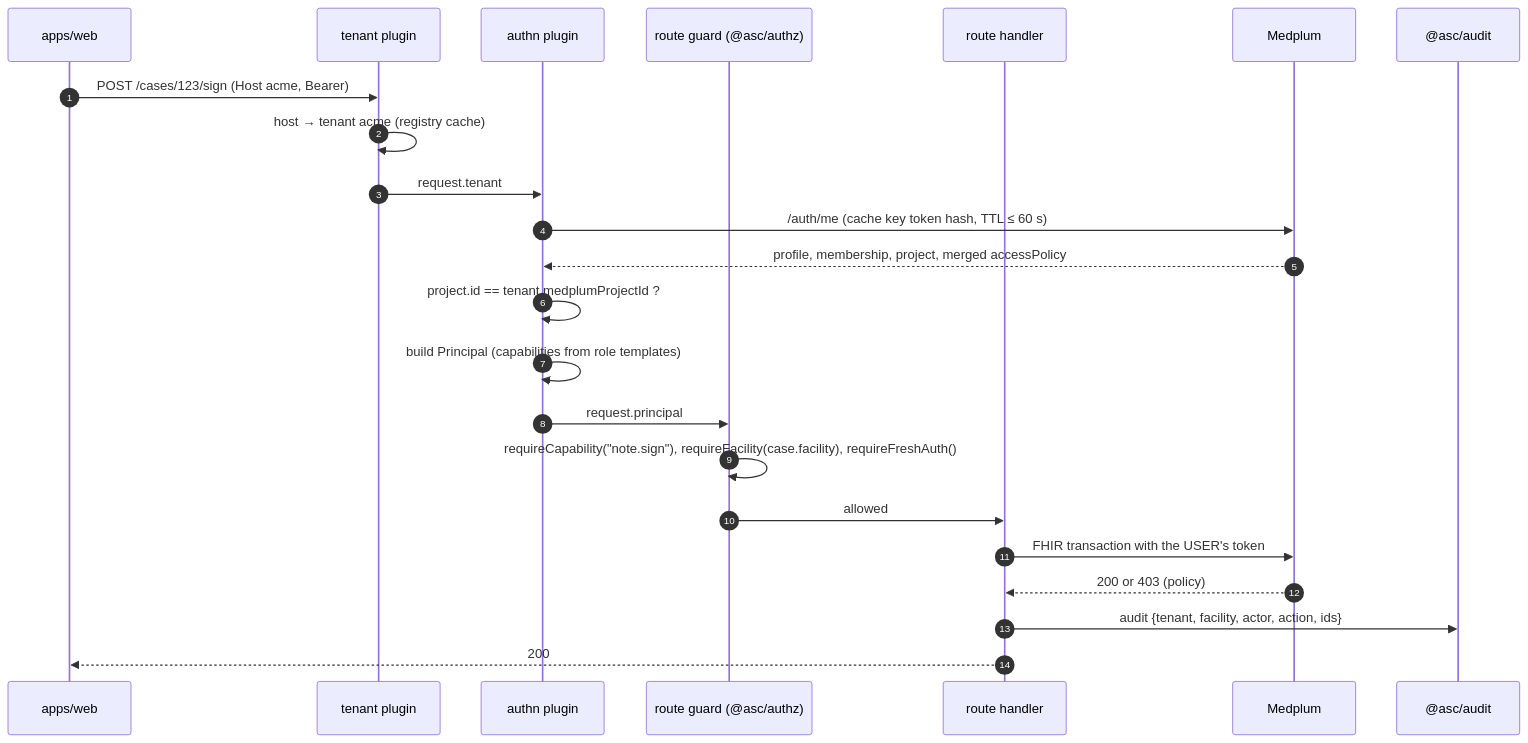
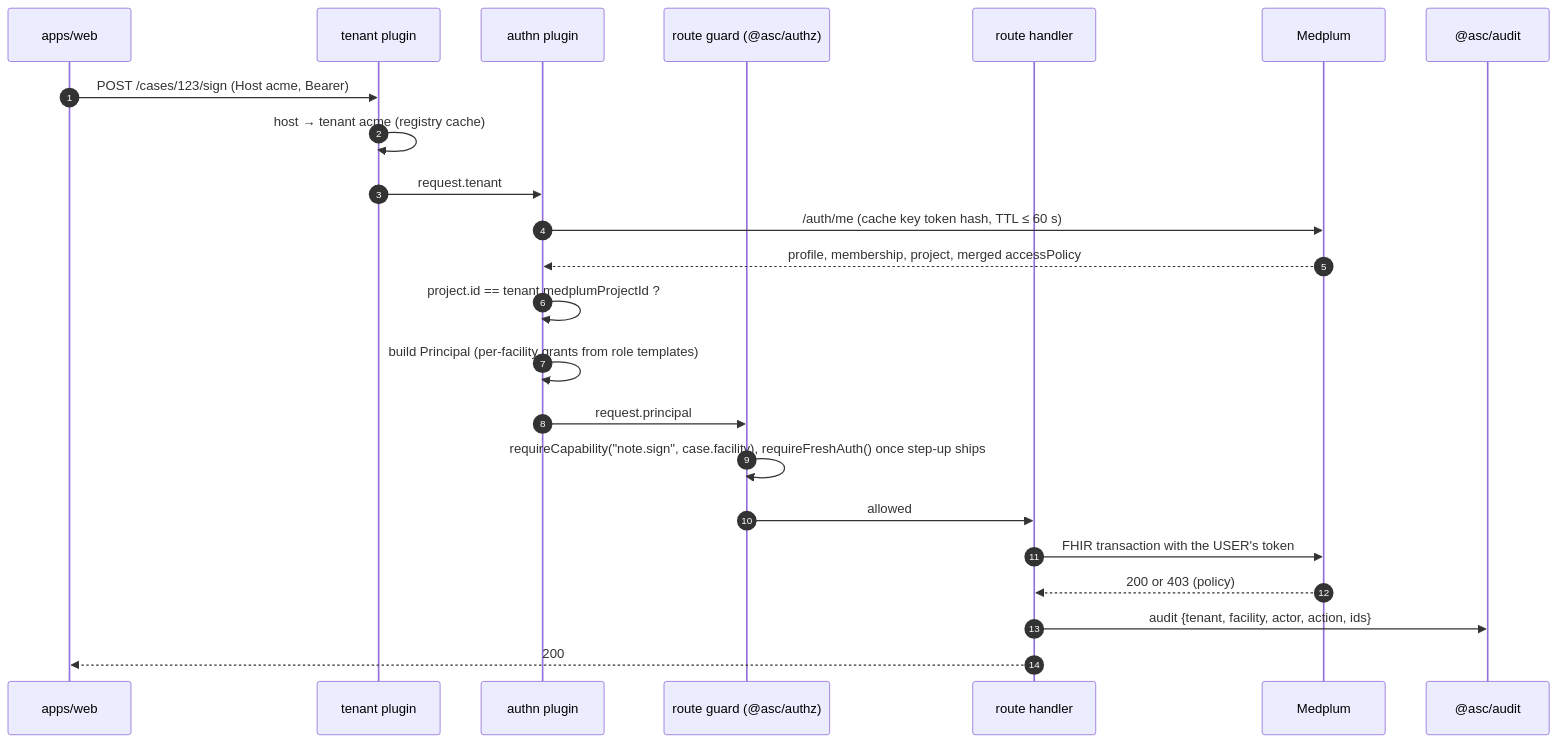
One commit to imRahul05/ASC-EHR changed the sixth of 13 diagrams in docs/product/08-identity-access-and-tenancy.md. Above: the diagram before and after it, drawn with Mermaid. The commit also changed other lines of this file, not shown here.

First line of the commit message:
docs(iam): per-facility grants in Principal and TenantResolver gate

````diff
--- a/docs/product/08-identity-access-and-tenancy.md
+++ b/docs/product/08-identity-access-and-tenancy.md
@@ -453,26 +453,26 @@
 ```mermaid
 sequenceDiagram
     autonumber
     participant W as apps/web
     participant T as tenant plugin
     participant N as authn plugin
     participant G as route guard (@asc/authz)
     participant R as route handler
     participant M as Medplum
     participant AU as @asc/audit
 
     W->>T: POST /cases/123/sign (Host acme, Bearer)
     T->>T: host → tenant acme (registry cache)
     T->>N: request.tenant
     N->>M: /auth/me (cache key token hash, TTL ≤ 60 s)
     M-->>N: profile, membership, project, merged accessPolicy
     N->>N: project.id == tenant.medplumProjectId ?
-    N->>N: build Principal (capabilities from role templates)
+    N->>N: build Principal (per-facility grants from role templates)
     N->>G: request.principal
-    G->>G: requireCapability("note.sign"), requireFacility(case.facility), requireFreshAuth()
+    G->>G: requireCapability("note.sign", case.facility), requireFreshAuth() once step-up ships
     G->>R: allowed
     R->>M: FHIR transaction with the USER's token
     M-->>R: 200 or 403 (policy)
     R->>AU: audit {tenant, facility, actor, action, ids}
     R-->>W: 200
 ```
````
